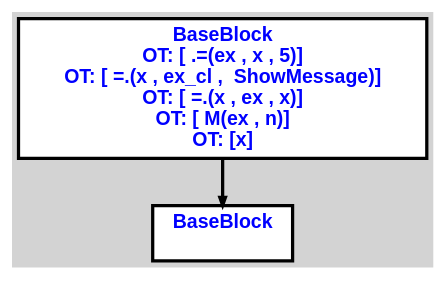
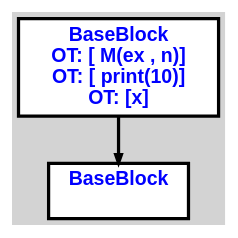
Before and after one commit to aveen007/CountingMonkeys: the diagram in cpoCompilerWin/input2.txt.helper.dot, drawn with Graphviz. The commit also changed 27 other files, not shown here.

```diff
--- a/cpoCompilerWin/input2.txt.helper.dot
+++ b/cpoCompilerWin/input2.txt.helper.dot
@@ -1,15 +1,13 @@
 digraph G {
 ordering=out;
 ranksep=.4;
 bgcolor="lightgrey";  node [shape=box, fixedsize=false, fontsize=12, fontname="Helvetica-bold", fontcolor="blue"
 width=.25, height=.25, color="black", fillcolor="white", style="filled, solid, bold"];
 
-edge [arrowsize=.5, color="black", style="bold"]    n0000120A74923A40 [label="BaseBlock\n OT: [ .=(ex , x , 5)]
-OT: [ =.(x , ex_cl ,  ShowMessage)]
-OT: [ =.(x , ex , x)]
-OT: [ M(ex , n)]
+edge [arrowsize=.5, color="black", style="bold"]    n0000126D3A2A29C0 [label="BaseBlock\n OT: [ M(ex , n)]
+OT: [ print(10)]
 OT: [x]
 "]
-    n0000120A74923E00 [label="BaseBlock\n "]
-    n0000120A74923A40 -> n0000120A74923E00
+    n0000126D3A2A2CC0 [label="BaseBlock\n "]
+    n0000126D3A2A29C0 -> n0000126D3A2A2CC0
 }
```
